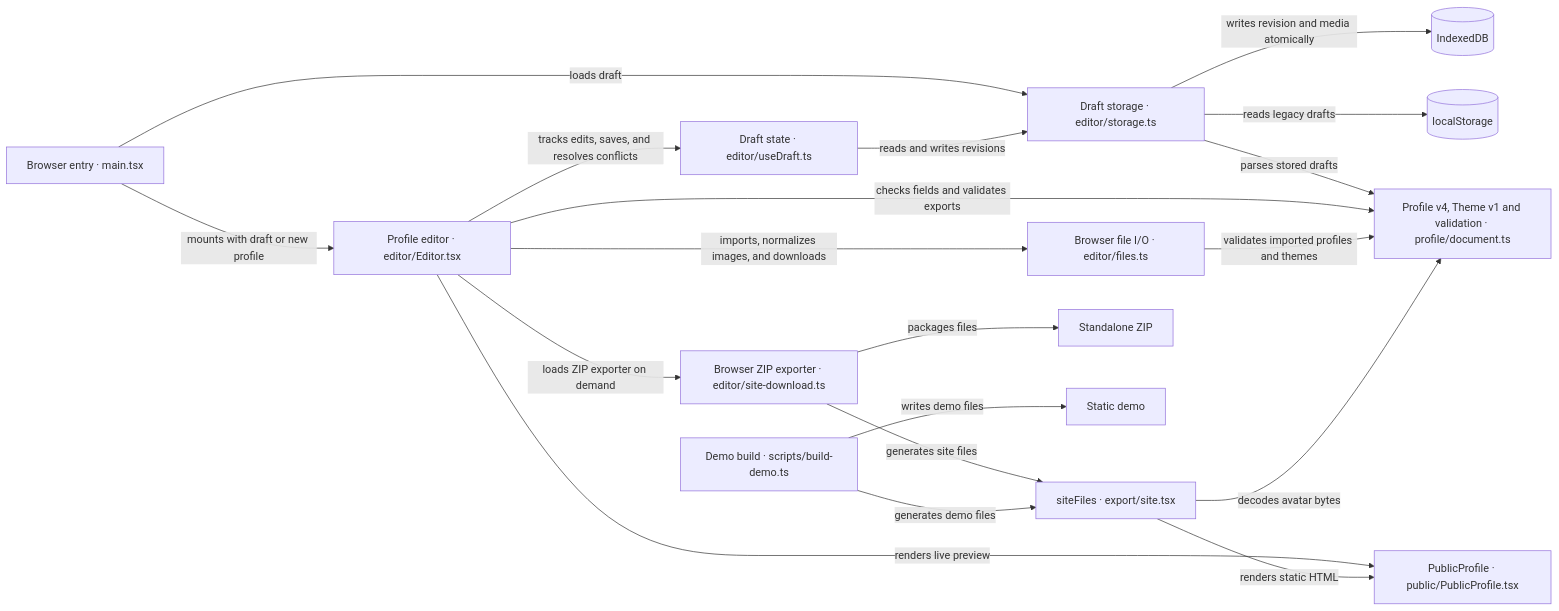
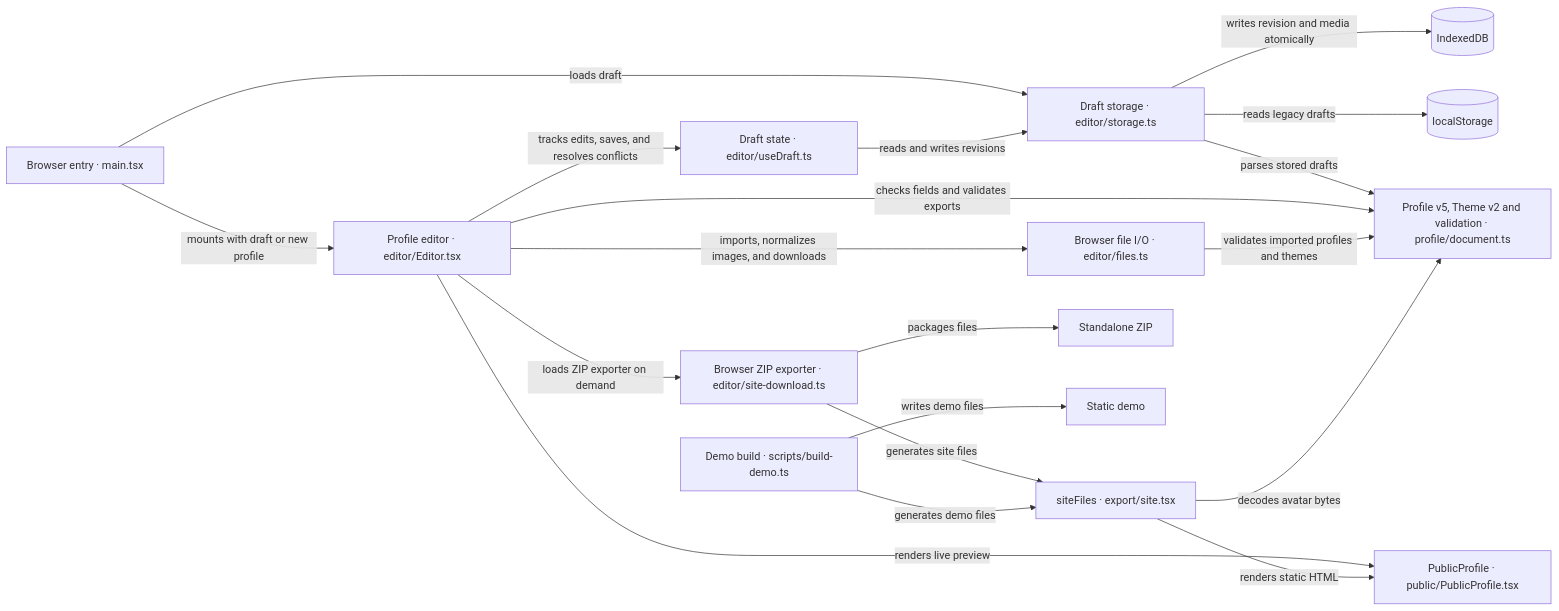
Before and after one commit to sinzbtw/rvnce: the diagram in ARCHITECTURE.md, drawn with Mermaid. The commit also changed other lines of this file and 24 other files, not shown here.

````diff
--- a/ARCHITECTURE.md
+++ b/ARCHITECTURE.md
@@ -7,21 +7,21 @@
 ```mermaid
 flowchart LR
     Entry["Browser entry · main.tsx"] -->|"loads draft"| Draft["Draft storage · editor/storage.ts"]
     Entry -->|"mounts with draft or new profile"| Editor["Profile editor · editor/Editor.tsx"]
     Editor -->|"tracks edits, saves, and resolves conflicts"| DraftSession["Draft state · editor/useDraft.ts"]
     DraftSession -->|"reads and writes revisions"| Draft
     Draft -->|"writes revision and media atomically"| Local[("IndexedDB")]
     Draft -->|"reads legacy drafts"| Legacy[("localStorage")]
-    Draft -->|"parses stored drafts"| Profile["Profile v4, Theme v1 and validation · profile/document.ts"]
+    Draft -->|"parses stored drafts"| Profile["Profile v5, Theme v2 and validation · profile/document.ts"]
     Editor -->|"checks fields and validates exports"| Profile
     Editor -->|"imports, normalizes images, and downloads"| Files["Browser file I/O · editor/files.ts"]
     Files -->|"validates imported profiles and themes"| Profile
     Editor -->|"renders live preview"| Render["PublicProfile · public/PublicProfile.tsx"]
     Editor -->|"loads ZIP exporter on demand"| Zip["Browser ZIP exporter · editor/site-download.ts"]
     Zip -->|"generates site files"| Site["siteFiles · export/site.tsx"]
     Site -->|"decodes avatar bytes"| Profile
     Site -->|"renders static HTML"| Render
     Zip -->|"packages files"| Archive["Standalone ZIP"]
     Build["Demo build · scripts/build-demo.ts"] -->|"generates demo files"| Site
     Build -->|"writes demo files"| Demo["Static demo"]
 ```
````
